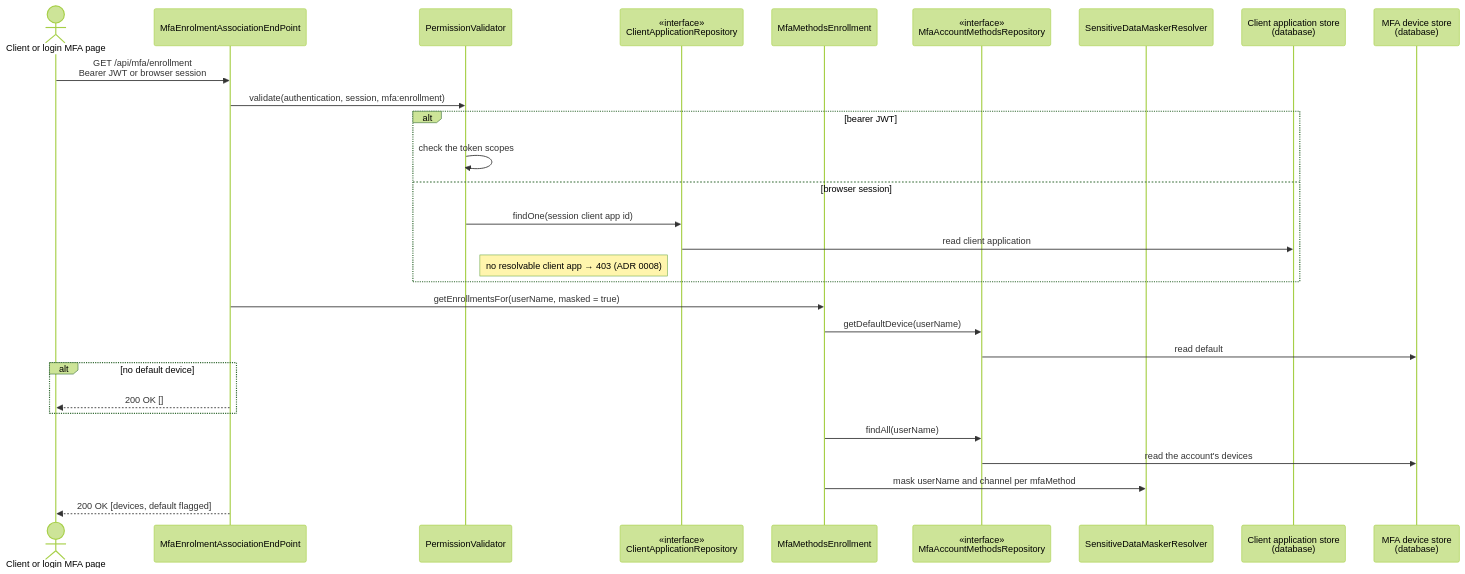
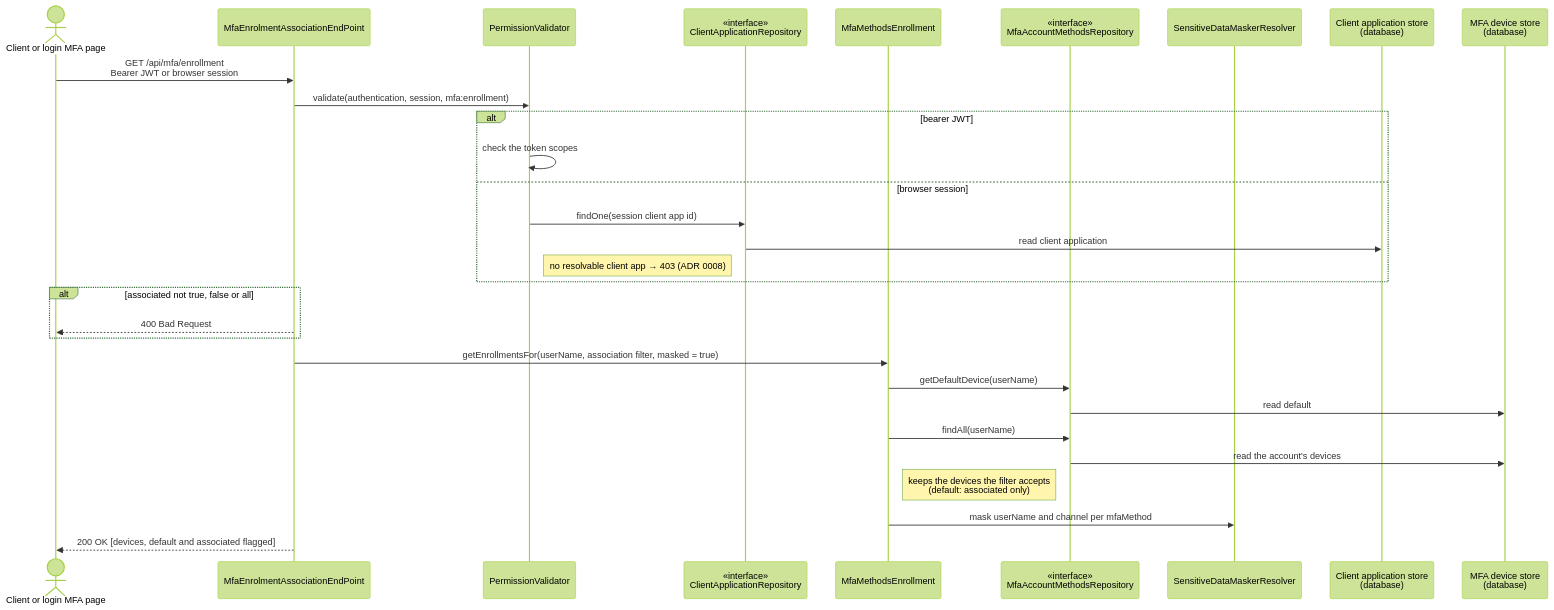
The third of 7 diagrams in auth-server/docs/mfa-sequence-diagrams.md (mrFlick72/vauthenticator), drawn with Mermaid (forest theme) before and after one commit. The commit also changed other lines of this file and 3 other files, not shown here.

First line of the commit message:
auth-server: docs and ADR 0015 for the MFA device listing filter and the verified email default device (#343)

````diff
--- a/auth-server/docs/mfa-sequence-diagrams.md
+++ b/auth-server/docs/mfa-sequence-diagrams.md
@@ -138,31 +138,32 @@
 ```mermaid
 sequenceDiagram
     actor Client as Client or login MFA page
     participant EP as MfaEnrolmentAssociationEndPoint
     participant PV as PermissionValidator
     participant ClientAppRepo as «interface»<br/>ClientApplicationRepository
     participant Enrollment as MfaMethodsEnrollment
     participant MfaRepo as «interface»<br/>MfaAccountMethodsRepository
     participant Masker as SensitiveDataMaskerResolver
     participant ClientAppDB as Client application store<br/>(database)
     participant MfaDB as MFA device store<br/>(database)
     Client->>EP: GET /api/mfa/enrollment<br/>Bearer JWT or browser session
     EP->>PV: validate(authentication, session, mfa:enrollment)
     alt bearer JWT
         PV->>PV: check the token scopes
     else browser session
         PV->>ClientAppRepo: findOne(session client app id)
         ClientAppRepo->>ClientAppDB: read client application
         Note right of PV: no resolvable client app → 403 (ADR 0008)
     end
-    EP->>Enrollment: getEnrollmentsFor(userName, masked = true)
+    alt associated not true, false or all
+        EP-->>Client: 400 Bad Request
+    end
+    EP->>Enrollment: getEnrollmentsFor(userName, association filter, masked = true)
     Enrollment->>MfaRepo: getDefaultDevice(userName)
     MfaRepo->>MfaDB: read default
-    alt no default device
-        EP-->>Client: 200 OK []
-    end
     Enrollment->>MfaRepo: findAll(userName)
     MfaRepo->>MfaDB: read the account's devices
+    Note right of Enrollment: keeps the devices the filter accepts<br/>(default: associated only)
     Enrollment->>Masker: mask userName and channel per mfaMethod
-    EP-->>Client: 200 OK [devices, default flagged]
+    EP-->>Client: 200 OK [devices, default and associated flagged]
 ```
````
